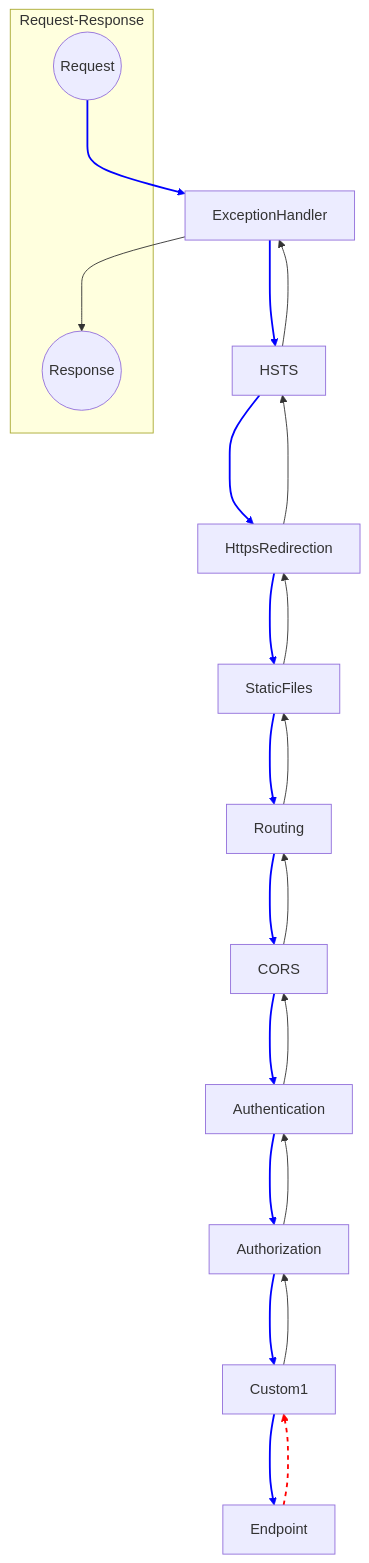
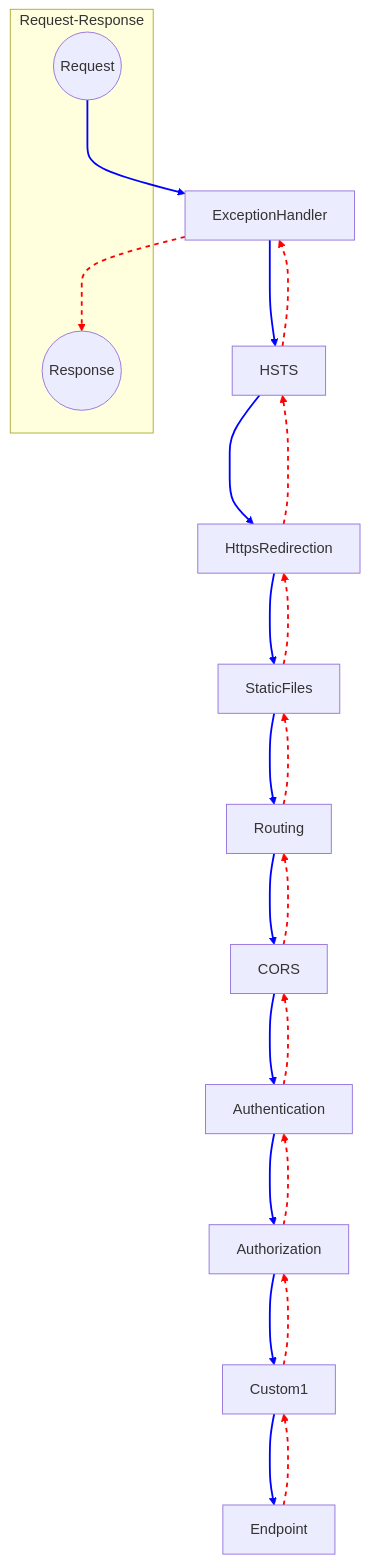
One commit to Rick-Anderson/MiddlewareMermaid changed the diagram in MiddlewareMermaid/f_color.md. Above: the diagram before and after it, drawn with Mermaid.

````diff
--- a/MiddlewareMermaid/f_color.md
+++ b/MiddlewareMermaid/f_color.md
@@ -1,42 +1,51 @@
 ```mermaid
 graph TD;
     subgraph Request-Response
         Request((Request))
         Response((Response))
     end
     Request--->ExceptionHandler
     ExceptionHandler--->HSTS
     HSTS--->HttpsRedirection
     HttpsRedirection--->StaticFiles
     StaticFiles--->Routing
     Routing--->CORS
     CORS--->Authentication
     Authentication--->Authorization
     Authorization--->Custom1
     Custom1--->Endpoint
     
     Endpoint--->Custom1
     Custom1--->Authorization
     Authorization--->Authentication
     Authentication--->CORS
     CORS--->Routing
     Routing--->StaticFiles
     StaticFiles--->HttpsRedirection
     HttpsRedirection--->HSTS
     HSTS--->ExceptionHandler
     ExceptionHandler--->Response
     
     %% Link Styles
     linkStyle 0 stroke-width:2px,fill:none,stroke:blue;
     linkStyle 1 stroke-width:2px,fill:none,stroke:blue;
     linkStyle 2 stroke-width:2px,fill:none,stroke:blue;
     linkStyle 3 stroke-width:2px,fill:none,stroke:blue;
     linkStyle 4 stroke-width:2px,fill:none,stroke:blue;
     linkStyle 5 stroke-width:2px,fill:none,stroke:blue;
     linkStyle 6 stroke-width:2px,fill:none,stroke:blue;
     linkStyle 7 stroke-width:2px,fill:none,stroke:blue;
     linkStyle 8 stroke-width:2px,fill:none,stroke:blue;
     linkStyle 9 stroke-width:2px,fill:none,stroke:blue;
-    linkStyle 10 stroke-dasharray: 5 5, stroke-width:2px,fill:none,stroke:red;
+linkStyle 10 stroke-dasharray: 5 5, stroke-width:2px,fill:none,stroke:red;
+    linkStyle 11 stroke-dasharray: 5 5, stroke-width:2px,fill:none,stroke:red;
+    linkStyle 12 stroke-dasharray: 5 5, stroke-width:2px,fill:none,stroke:red;
+    linkStyle 13 stroke-dasharray: 5 5, stroke-width:2px,fill:none,stroke:red;
+    linkStyle 14 stroke-dasharray: 5 5, stroke-width:2px,fill:none,stroke:red;
+    linkStyle 15 stroke-dasharray: 5 5, stroke-width:2px,fill:none,stroke:red;
+    linkStyle 16 stroke-dasharray: 5 5, stroke-width:2px,fill:none,stroke:red;
+    linkStyle 17 stroke-dasharray: 5 5, stroke-width:2px,fill:none,stroke:red;
+    linkStyle 18 stroke-dasharray: 5 5, stroke-width:2px,fill:none,stroke:red;
+    linkStyle 19 stroke-dasharray: 5 5, stroke-width:2px,fill:none,stroke:red;
 
 ```
````
